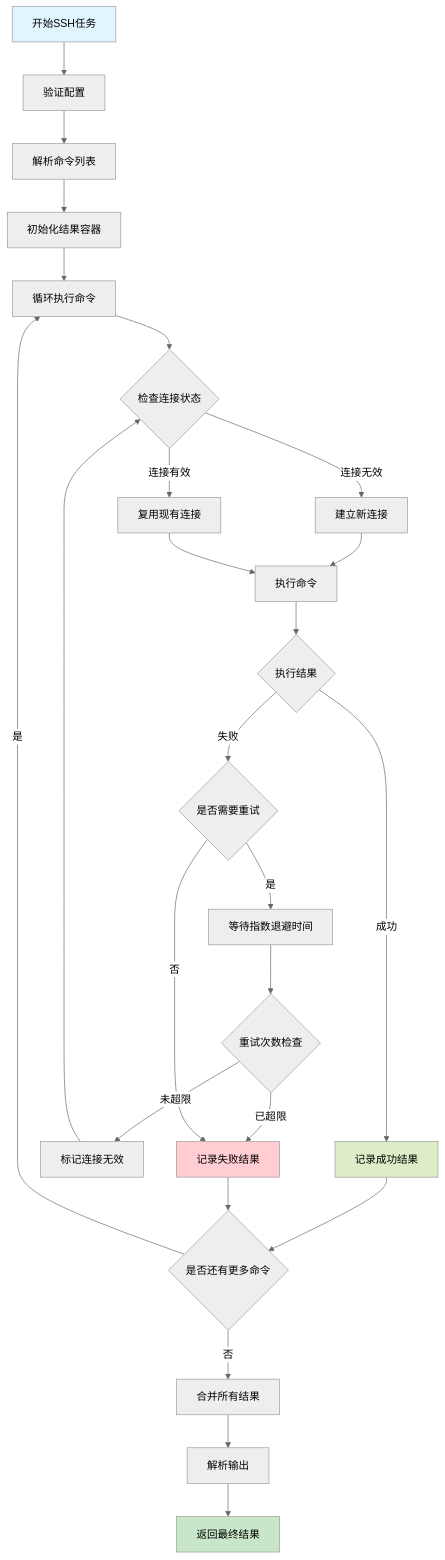
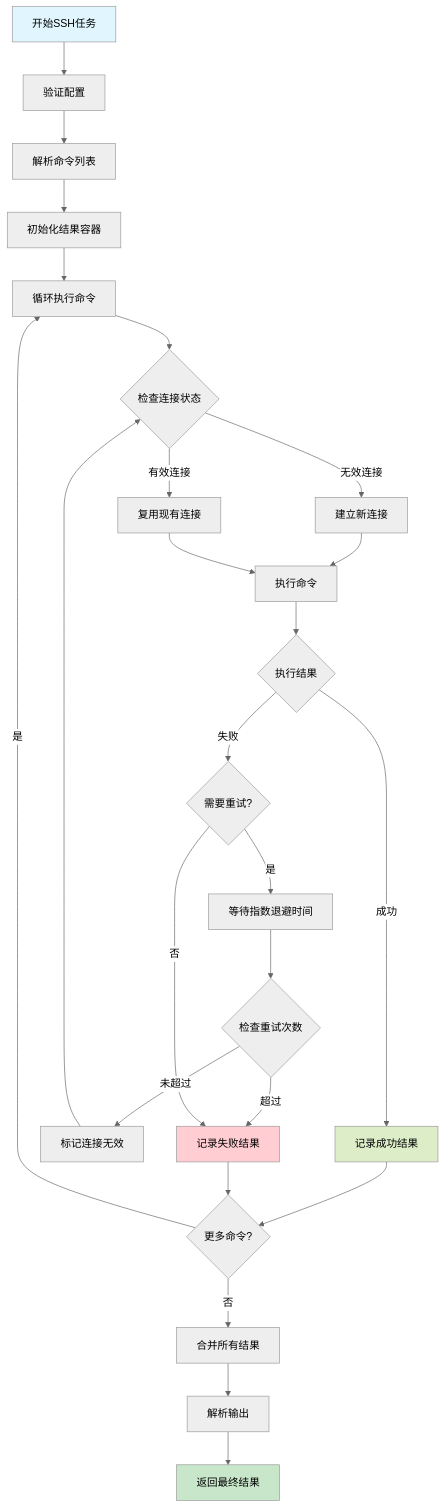
The eighth of 10 diagrams in README_CN.md (GmoneyLtd/hwatch), drawn with Mermaid (neutral theme) before and after one commit. The commit also changed other lines of this file and 1 other file, not shown here.

````diff
--- a/README_CN.md
+++ b/README_CN.md
@@ -1073,38 +1010,38 @@
 ```mermaid
 graph TB
     A[开始SSH任务] --> B[验证配置]
     B --> C[解析命令列表]
     C --> D[初始化结果容器]
     D --> E[循环执行命令]
     
     E --> F{检查连接状态}
-    F -->|连接无效| G[建立新连接]
-    F -->|连接有效| H[复用现有连接]
+    F -->|无效连接| G[建立新连接]
+    F -->|有效连接| H[复用现有连接]
     
     G --> I[执行命令]
     H --> I
     
     I --> J{执行结果}
     J -->|成功| K[记录成功结果]
-    J -->|失败| L{是否需要重试}
+    J -->|失败| L{需要重试?}
     
     L -->|是| M[等待指数退避时间]
-    M --> N{重试次数检查}
-    N -->|未超限| O[标记连接无效]
+    M --> N{检查重试次数}
+    N -->|未超过| O[标记连接无效]
     O --> F
-    N -->|已超限| P[记录失败结果]
+    N -->|超过| P[记录失败结果]
     
     L -->|否| P
-    K --> Q{是否还有更多命令}
+    K --> Q{更多命令?}
     P --> Q
     
     Q -->|是| E
     Q -->|否| R[合并所有结果]
     R --> S[解析输出]
     S --> T[返回最终结果]
     
     style A fill:#e1f5fe
     style T fill:#c8e6c9
     style P fill:#ffcdd2
     style K fill:#dcedc8
 ```
````
